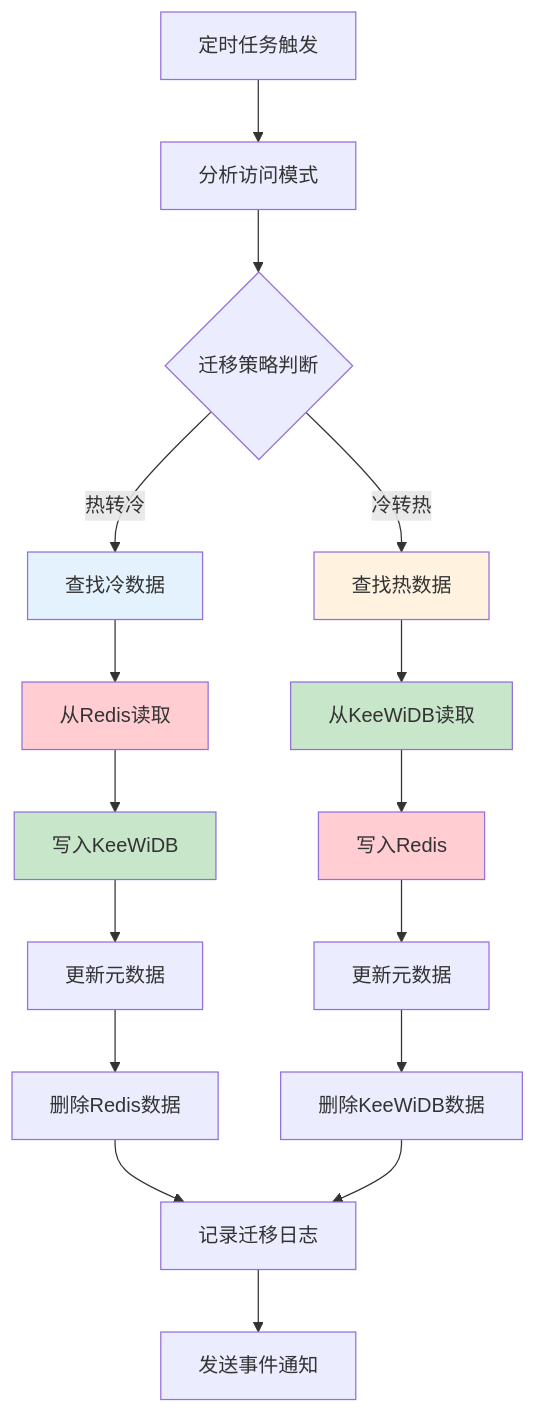
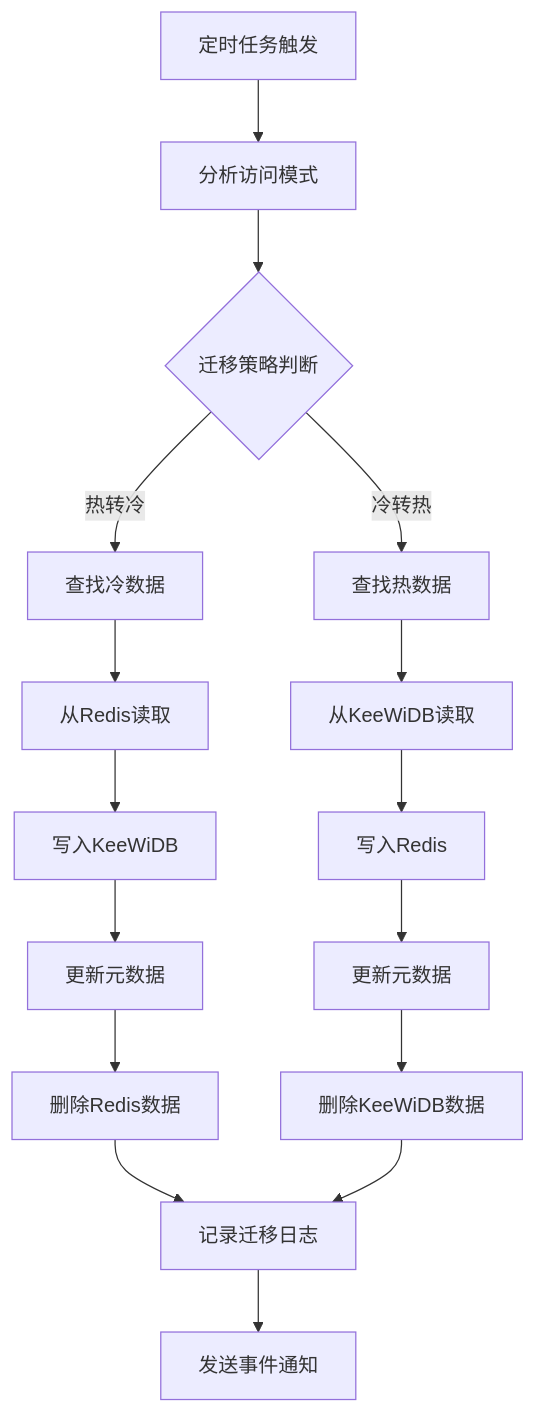
One commit to lunamage/FeatureHub changed the third of 4 diagrams in README.md. Above: the diagram before and after it, drawn with Mermaid. The commit also changed other lines of this file, not shown here.

Commit message:
更新 README.md 文件，优化 mermaid 图表的描述方式，简化节点表示，增强文档的可读性和一致性。

````diff
--- a/README.md
+++ b/README.md
@@ -273,29 +264,22 @@
 ```mermaid
 graph TB
-    A["定时任务触发"] --> B["分析访问模式"]
-    B --> C{"迁移策略判断"}
+    A[定时任务触发] --> B[分析访问模式]
+    B --> C{迁移策略判断}
     
-    C -->|热转冷| D["查找冷数据"]
-    C -->|冷转热| E["查找热数据"]
+    C -->|热转冷| D[查找冷数据]
+    C -->|冷转热| E[查找热数据]
     
-    D --> F["从Redis读取"]
-    F --> G["写入KeeWiDB"]
-    G --> H["更新元数据"]
-    H --> I["删除Redis数据"]
+    D --> F[从Redis读取]
+    F --> G[写入KeeWiDB]
+    G --> H[更新元数据]
+    H --> I[删除Redis数据]
     
-    E --> J["从KeeWiDB读取"]
-    J --> K["写入Redis"]
-    K --> L["更新元数据"]
-    L --> M["删除KeeWiDB数据"]
+    E --> J[从KeeWiDB读取]
+    J --> K[写入Redis]
+    K --> L[更新元数据]
+    L --> M[删除KeeWiDB数据]
     
-    I --> N["记录迁移日志"]
+    I --> N[记录迁移日志]
     M --> N
-    N --> O["发送事件通知"]
-    
-    style D fill:#e3f2fd
-    style E fill:#fff3e0
-    style F fill:#ffcdd2
-    style G fill:#c8e6c9
-    style J fill:#c8e6c9
-    style K fill:#ffcdd2
+    N --> O[发送事件通知]
 ```
````
